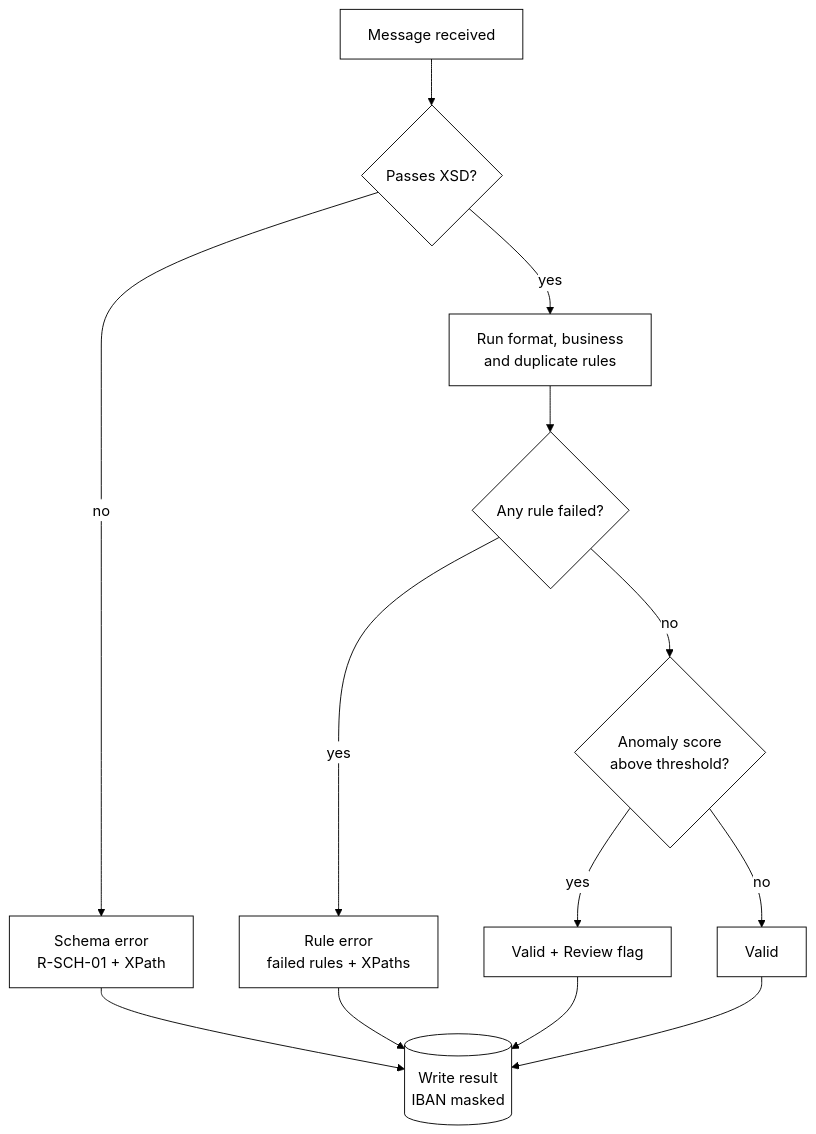
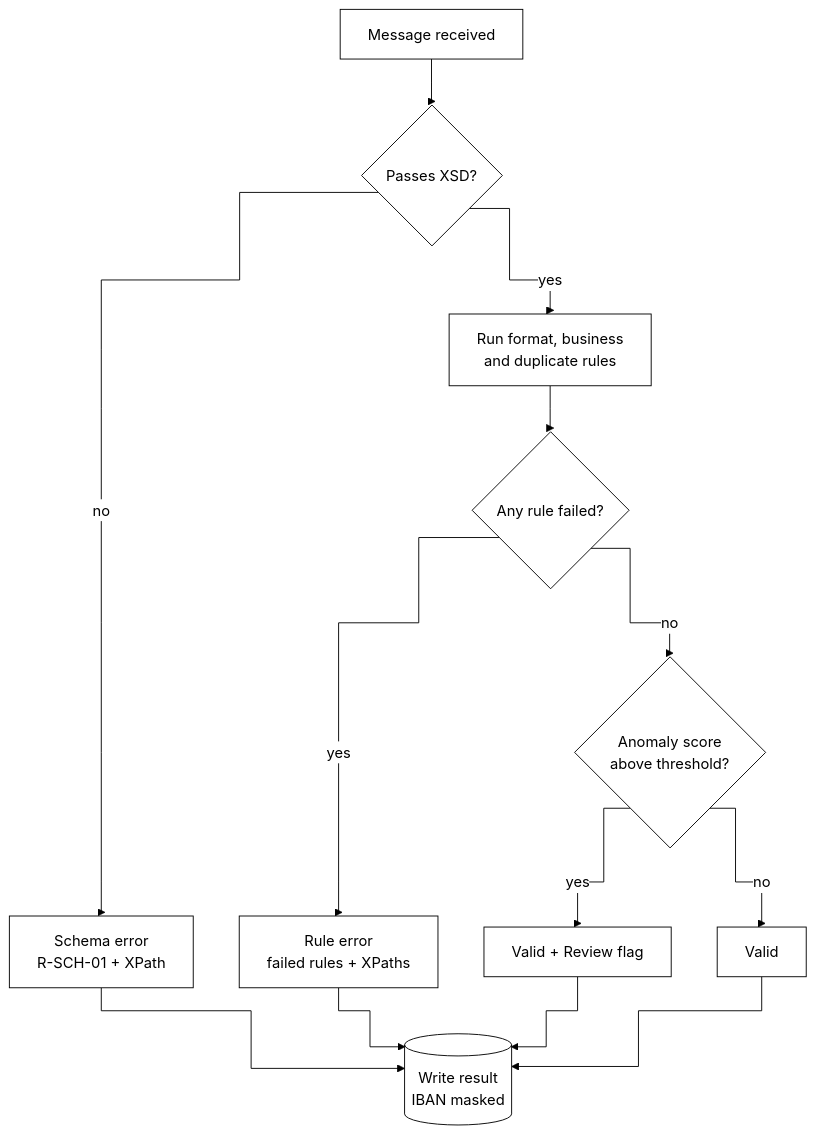
One commit to bakuncwa/iso20022-pacs008-validator changed the third of 3 diagrams in README.md. Above: the diagram before and after it, drawn with Mermaid. The commit also changed other lines of this file, not shown here.

Commit message:
Right-angled flowchart edges

````diff
--- a/README.md
+++ b/README.md
@@ -699,16 +699,16 @@
 ```mermaid
-%%{init: {'theme': 'base', 'themeVariables': {'primaryColor': '#ffffff', 'primaryBorderColor': '#000000', 'primaryTextColor': '#000000', 'lineColor': '#000000', 'secondaryColor': '#ffffff', 'tertiaryColor': '#ffffff', 'clusterBkg': '#ffffff', 'clusterBorder': '#000000', 'edgeLabelBackground': '#ffffff', 'attributeBackgroundColorOdd': '#ffffff', 'attributeBackgroundColorEven': '#ffffff'}}}%%
+%%{init: {'theme': 'base', 'flowchart': {'curve': 'step'}, 'themeVariables': {'primaryColor': '#ffffff', 'primaryBorderColor': '#000000', 'primaryTextColor': '#000000', 'lineColor': '#000000', 'secondaryColor': '#ffffff', 'tertiaryColor': '#ffffff', 'clusterBkg': '#ffffff', 'clusterBorder': '#000000', 'edgeLabelBackground': '#ffffff', 'attributeBackgroundColorOdd': '#ffffff', 'attributeBackgroundColorEven': '#ffffff'}}}%%
 flowchart TD
     M[Message received] --> S{Passes XSD?}
     S -- no --> SE[Schema error<br/>R-SCH-01 + XPath]
     S -- yes --> R[Run format, business<br/>and duplicate rules]
     R --> Q{Any rule failed?}
     Q -- yes --> RE[Rule error<br/>failed rules + XPaths]
     Q -- no --> A{Anomaly score<br/>above threshold?}
     A -- yes --> VR[Valid + Review flag]
     A -- no --> V[Valid]
     SE --> L[(Write result<br/>IBAN masked)]
     RE --> L
     VR --> L
     V --> L
 ```
````
